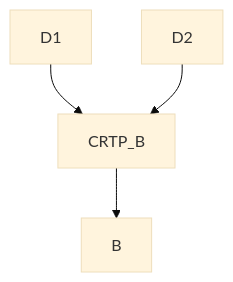
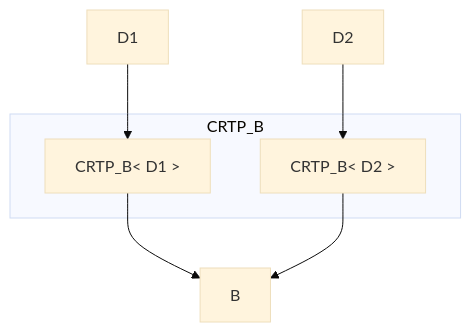
One commit to ssarkar2/Compilers changed the first of 3 diagrams in llvm/cpp_background/mixin_crtp/readme.md. Above: the diagram before and after it, drawn with Mermaid (base theme). The commit also changed other lines of this file and 1 other file, not shown here.

````diff
--- a/llvm/cpp_background/mixin_crtp/readme.md
+++ b/llvm/cpp_background/mixin_crtp/readme.md
@@ -33,7 +33,14 @@
 ```mermaid
 graph TD;
-    D1-->CRTP_B;
-    D2-->CRTP_B;
-    CRTP_B-->B;
+    CRTP_B_D1["`CRTP_B< D1 >`"]
+    CRTP_B_D2["`CRTP_B< D2 >`"]
+     subgraph CRTP_B
+     CRTP_B_D1
+     CRTP_B_D2
+     end
+    D1-->CRTP_B_D1;
+    D2-->CRTP_B_D2;
+    CRTP_B_D1-->B;
+    CRTP_B_D2-->B;
     
 ```
````
